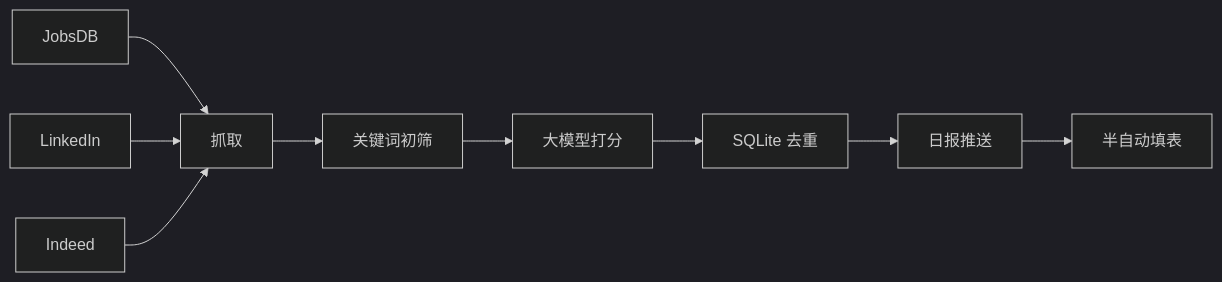
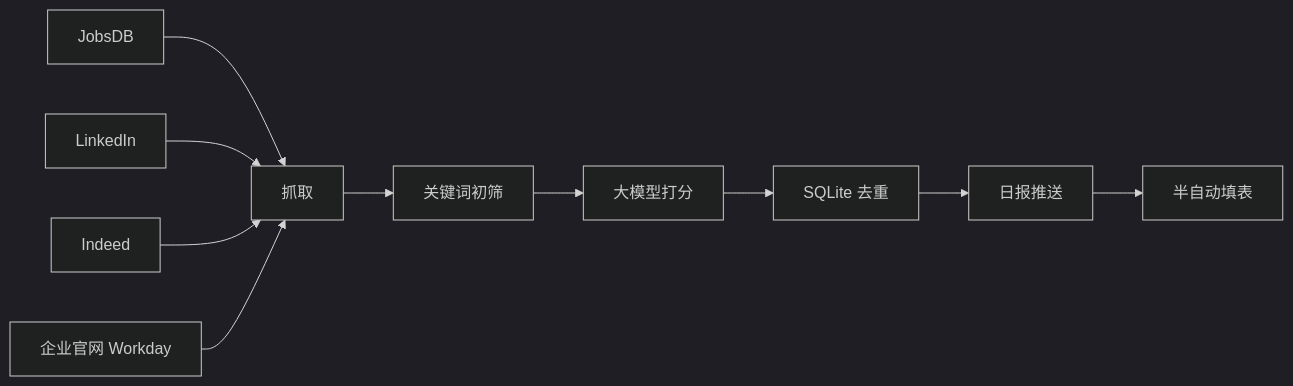
The first of 2 diagrams in README.md (prui0474/hk-job-radar), drawn with Mermaid (dark theme) before and after one commit. The commit also changed other lines of this file and 45 other files, not shown here.

First line of the commit message:
feat: 合并为单档产品（全部功能免费），README 加首屏图与演示

````diff
--- a/README.md
+++ b/README.md
@@ -63,11 +73,12 @@
 ```mermaid
 flowchart LR
     A[JobsDB] --> D[抓取]
     B[LinkedIn] --> D
     C[Indeed] --> D
+    W[企业官网 Workday] --> D
     D --> E[关键词初筛]
     E --> F[大模型打分]
     F --> G[SQLite 去重]
     G --> H[日报推送]
     H --> I[半自动填表]
 ```
````
